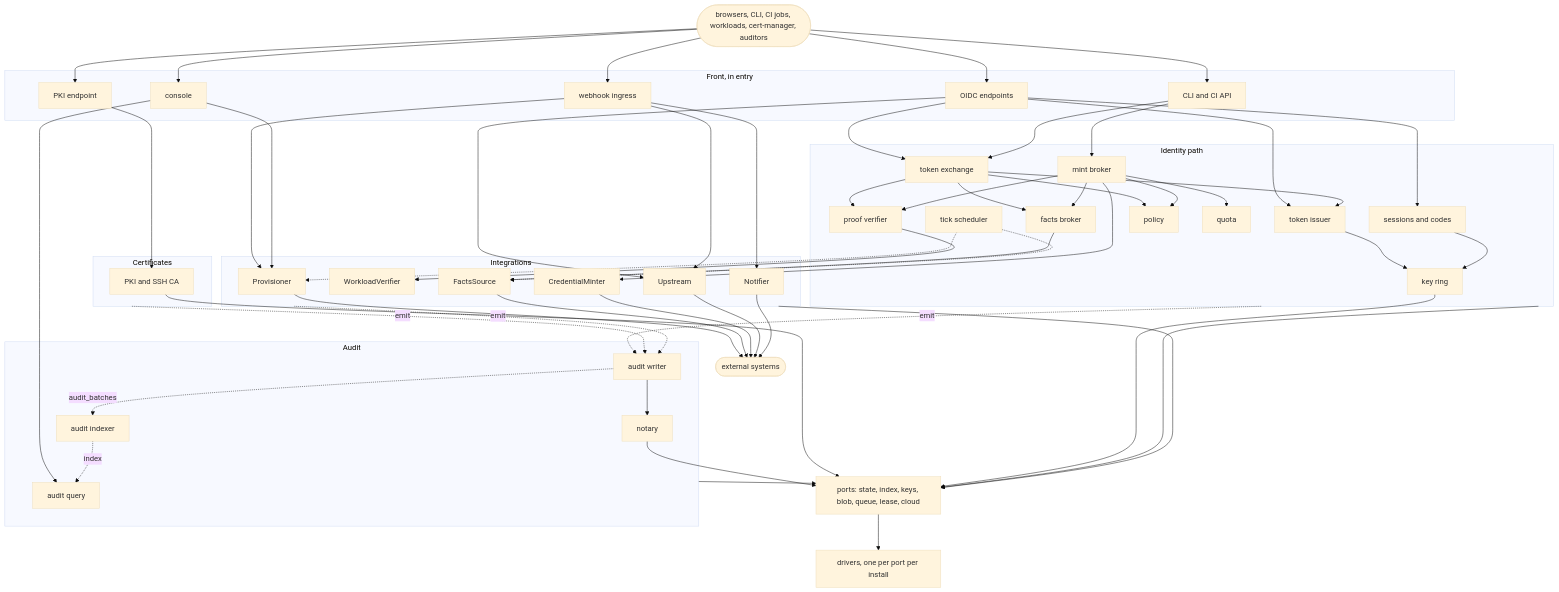
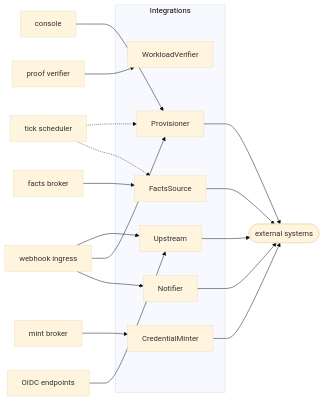
Before and after one commit to truvity/sluis: the fifth of 7 diagrams in docs/architecture/components.md, drawn with Mermaid (base theme). The commit also changed other lines of this file and 6 other files, not shown here.

First line of the commit message:
docs(site): split oversized diagrams into steps and shorten labels

````diff
--- a/docs/architecture/components.md
+++ b/docs/architecture/components.md
@@ -119,38 +193,12 @@
 ```mermaid
-flowchart TB
-  clients(["browsers, CLI, CI jobs, workloads, cert-manager, auditors"])
-
-  subgraph FRONT["Front, in entry"]
-    oidc["OIDC endpoints"]
-    cli["CLI and CI API"]
-    con["console"]
-    hook["webhook ingress"]
-    pkiep["PKI endpoint"]
-  end
-
-  subgraph CORE["Identity path"]
-    sess["sessions and codes"]
-    xchg["token exchange"]
-    issuer["token issuer"]
-    ring["key ring"]
-    proof["proof verifier"]
-    facts["facts broker"]
-    pol["policy"]
-    mint["mint broker"]
-    quota["quota"]
-    tick["tick scheduler"]
-  end
-
-  subgraph CERT["Certificates"]
-    pki["PKI and SSH CA"]
-  end
-
-  subgraph AUDIT["Audit"]
-    aw["audit writer"]
-    notary["notary"]
-    idx["audit indexer"]
-    aq["audit query"]
-  end
+flowchart LR
+  oidc["OIDC endpoints"]
+  hook["webhook ingress"]
+  con["console"]
+  proof["proof verifier"]
+  facts["facts broker"]
+  mint["mint broker"]
+  tick["tick scheduler"]
 
   subgraph INT["Integrations"]
     ups["Upstream"]
@@ -161,55 +209,18 @@
     notif["Notifier"]
   end
 
-  ports["ports: state, index, keys, blob, queue, lease, cloud"]
-  drivers["drivers, one per port per install"]
   ext(["external systems"])
 
-  clients --> oidc
-  clients --> cli
-  clients --> con
-  clients --> hook
-  clients --> pkiep
-  oidc --> sess
-  oidc --> xchg
-  oidc --> issuer
-  cli --> xchg
-  cli --> mint
-  xchg --> proof
-  xchg --> facts
-  xchg --> pol
-  xchg --> issuer
-  issuer --> ring
-  sess --> ring
+  oidc --> ups
   proof --> ver
   facts --> fsrc
-  oidc --> ups
-  mint --> proof
-  mint --> facts
-  mint --> pol
-  mint --> quota
   mint --> cm
   hook --> ups
   hook --> prov
   hook --> notif
   con --> prov
-  con --> aq
   tick -.-> prov
   tick -.-> fsrc
-  pkiep --> pki
-  pki --> ports
-  ring --> ports
-  notary --> ports
-  aw --> notary
-  aw -. "audit_batches" .-> idx
-  idx -. "index" .-> aq
-  CORE -. "emit" .-> aw
-  CERT -. "emit" .-> aw
-  INT -. "emit" .-> aw
-  CORE --> ports
-  INT --> ports
-  AUDIT --> ports
-  ports --> drivers
   prov --> ext
   fsrc --> ext
   cm --> ext
````
